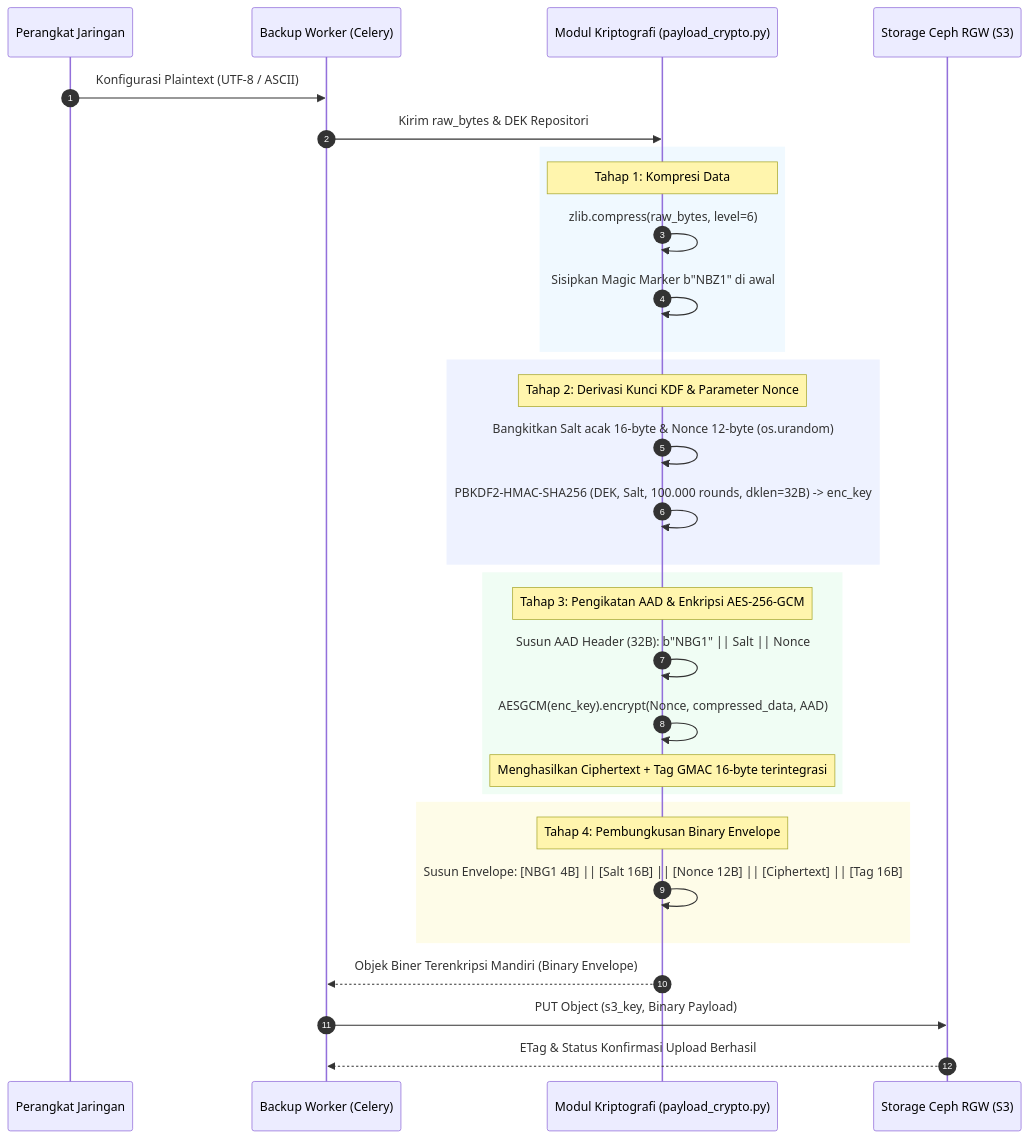
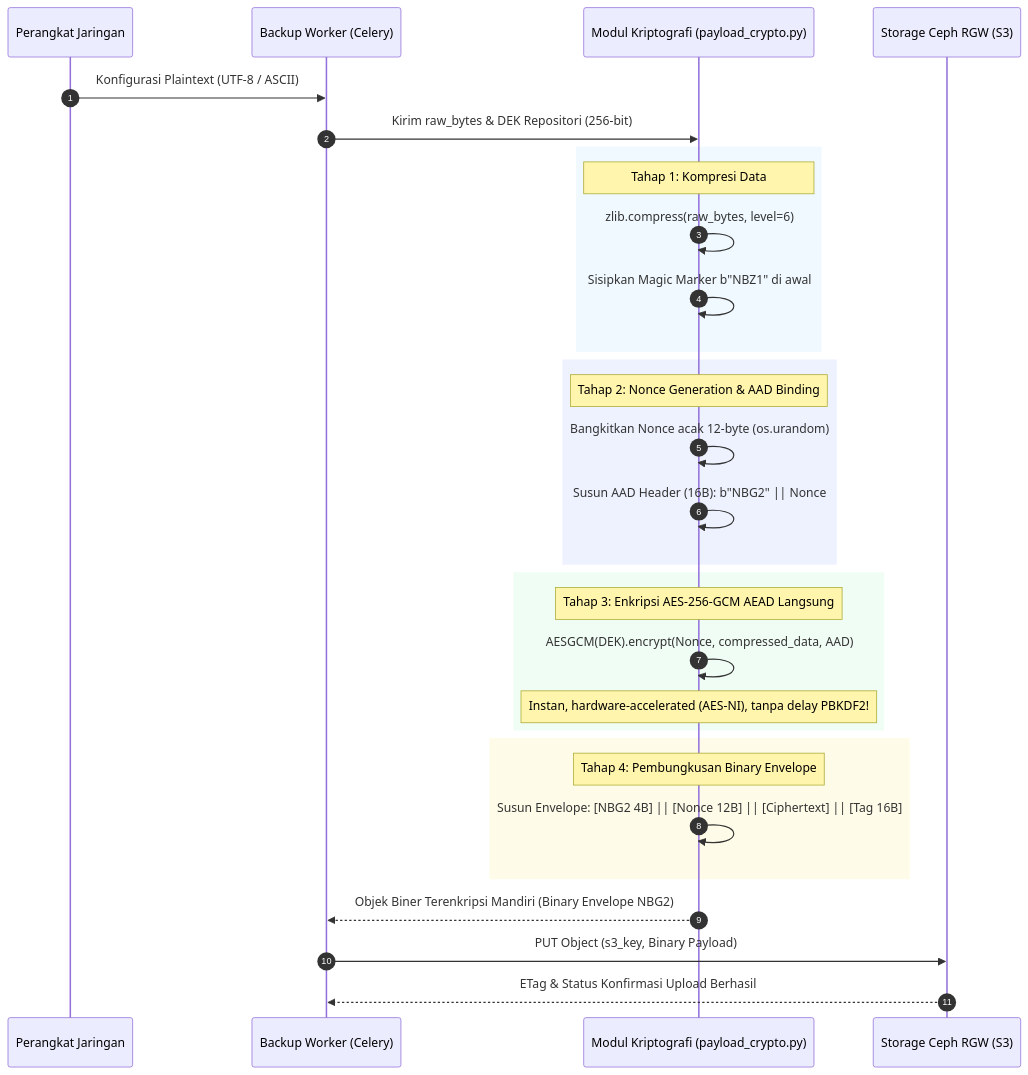
One commit to NugrohoAdySusanto/network-backup changed the fifth of 6 diagrams in docs/DOKUMENTASI-LENGKAP-SISTEM-NETBACKUP.md. Above: the diagram before and after it, drawn with Mermaid. The commit also changed other lines of this file and 9 other files, not shown here.

Commit message:
refactor: migrate manifest, payload, and vault crypto modules to AES-256-GCM AEAD

````diff
--- a/docs/DOKUMENTASI-LENGKAP-SISTEM-NETBACKUP.md
+++ b/docs/DOKUMENTASI-LENGKAP-SISTEM-NETBACKUP.md
@@ -952,39 +955,38 @@
 ```mermaid
 sequenceDiagram
     autonumber
     participant DEV as Perangkat Jaringan
     participant WRK as Backup Worker (Celery)
     participant SEC as Modul Kriptografi (payload_crypto.py)
     participant S3 as Storage Ceph RGW (S3)
 
     DEV->>WRK: Konfigurasi Plaintext (UTF-8 / ASCII)
-    WRK->>SEC: Kirim raw_bytes & DEK Repositori
+    WRK->>SEC: Kirim raw_bytes & DEK Repositori (256-bit)
     
     rect rgb(240, 249, 255)
         Note over SEC: Tahap 1: Kompresi Data
         SEC->>SEC: zlib.compress(raw_bytes, level=6)
         SEC->>SEC: Sisipkan Magic Marker b"NBZ1" di awal
     end
     
     rect rgb(238, 242, 255)
-        Note over SEC: Tahap 2: Derivasi Kunci KDF & Parameter Nonce
-        SEC->>SEC: Bangkitkan Salt acak 16-byte & Nonce 12-byte (os.urandom)
-        SEC->>SEC: PBKDF2-HMAC-SHA256 (DEK, Salt, 100.000 rounds, dklen=32B) -> enc_key
+        Note over SEC: Tahap 2: Nonce Generation & AAD Binding
+        SEC->>SEC: Bangkitkan Nonce acak 12-byte (os.urandom)
+        SEC->>SEC: Susun AAD Header (16B): b"NBG2" || Nonce
     end
     
     rect rgb(240, 253, 244)
-        Note over SEC: Tahap 3: Pengikatan AAD & Enkripsi AES-256-GCM
-        SEC->>SEC: Susun AAD Header (32B): b"NBG1" || Salt || Nonce
-        SEC->>SEC: AESGCM(enc_key).encrypt(Nonce, compressed_data, AAD)
-        Note over SEC: Menghasilkan Ciphertext + Tag GMAC 16-byte terintegrasi
+        Note over SEC: Tahap 3: Enkripsi AES-256-GCM AEAD Langsung
+        SEC->>SEC: AESGCM(DEK).encrypt(Nonce, compressed_data, AAD)
+        Note over SEC: Instan, hardware-accelerated (AES-NI), tanpa delay PBKDF2!
     end
     
     rect rgb(254, 252, 232)
         Note over SEC: Tahap 4: Pembungkusan Binary Envelope
-        SEC->>SEC: Susun Envelope: [NBG1 4B] || [Salt 16B] || [Nonce 12B] || [Ciphertext] || [Tag 16B]
+        SEC->>SEC: Susun Envelope: [NBG2 4B] || [Nonce 12B] || [Ciphertext] || [Tag 16B]
     end
     
-    SEC-->>WRK: Objek Biner Terenkripsi Mandiri (Binary Envelope)
+    SEC-->>WRK: Objek Biner Terenkripsi Mandiri (Binary Envelope NBG2)
     WRK->>S3: PUT Object (s3_key, Binary Payload)
     S3-->>WRK: ETag & Status Konfirmasi Upload Berhasil
 ```
````
